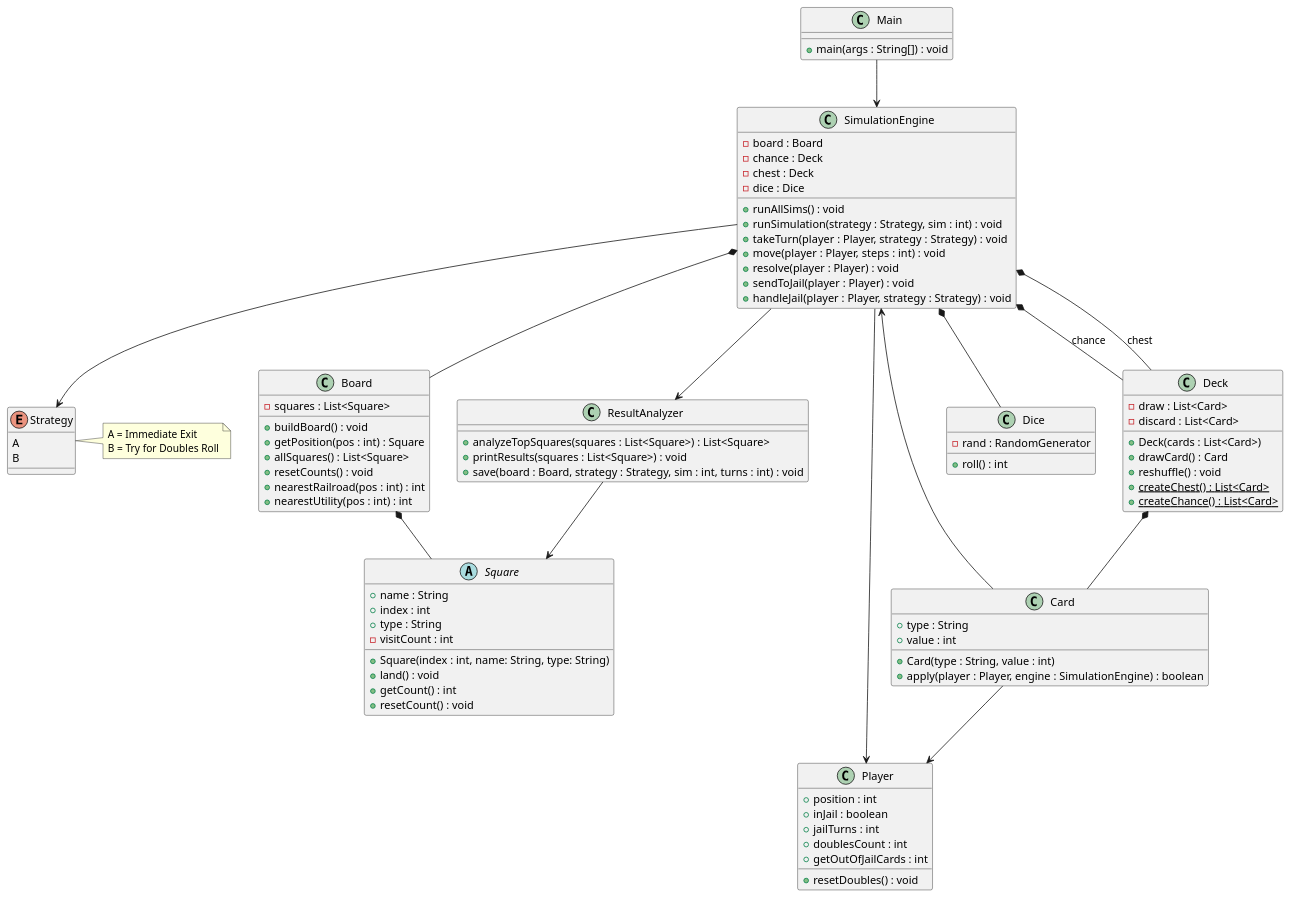
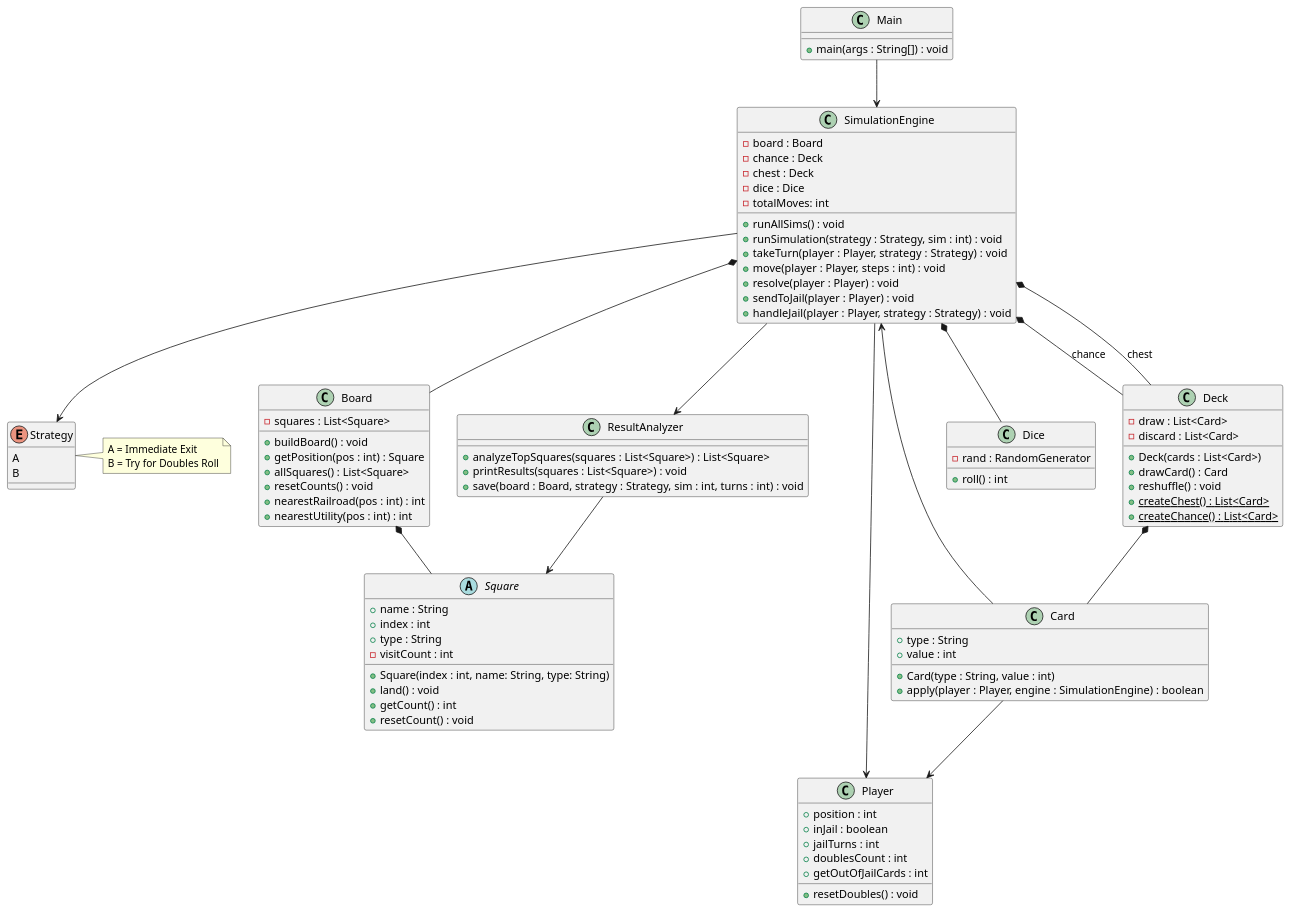
One commit to keanu-cruz/CS2430_Programming_Project_4 changed the diagram in docs/MonopolyUML.puml. Above: the diagram before and after it, drawn with PlantUML.

Commit message:
Add totalMoves attribute to simulation class

```diff
--- a/docs/MonopolyUML.puml
+++ b/docs/MonopolyUML.puml
@@ -1,124 +1,125 @@
 @startuml
 
   class Main {
     + main(args : String[]) : void
   }
 
   class SimulationEngine {
     - board : Board
     - chance : Deck
     - chest : Deck
     - dice : Dice
+    - totalMoves: int
     + runAllSims() : void
     + runSimulation(strategy : Strategy, sim : int) : void
     + takeTurn(player : Player, strategy : Strategy) : void
     + move(player : Player, steps : int) : void
     + resolve(player : Player) : void
     + sendToJail(player : Player) : void
     + handleJail(player : Player, strategy : Strategy) : void
     
   }
 
   Enum Strategy {
     A 
     B 
   }
   
   note right of Strategy
   A = Immediate Exit
   B = Try for Doubles Roll
   end note
 
   class ResultAnalyzer {
     + analyzeTopSquares(squares : List<Square>) : List<Square>
     + printResults(squares : List<Square>) : void
     + save(board : Board, strategy : Strategy, sim : int, turns : int) : void
   }
 
 
   class Board {
     - squares : List<Square>
     + buildBoard() : void
     + getPosition(pos : int) : Square
     + allSquares() : List<Square>
     + resetCounts() : void
     + nearestRailroad(pos : int) : int
     + nearestUtility(pos : int) : int
   }
 
   abstract class Square {
     + name : String
     + index : int
     + type : String
     - visitCount : int
     + Square(index : int, name: String, type: String)
     + land() : void
     + getCount() : int
     + resetCount() : void
   }
 
 
   class Card {
     + type : String
     + value : int
     + Card(type : String, value : int)
     + apply(player : Player, engine : SimulationEngine) : boolean
     
   }
 
   class Deck {
     - draw : List<Card>
     - discard : List<Card>
     + Deck(cards : List<Card>)
     + drawCard() : Card
     + reshuffle() : void
     + createChest() : List<Card> {static}
     + createChance() : List<Card> {static}
   }
 
   class Player {
     + position : int
     + inJail : boolean
     + jailTurns : int
     + doublesCount : int
     + getOutOfJailCards : int
     + resetDoubles() : void
   }
 
 
 
 
   class Dice {
     - rand : RandomGenerator
     + roll() : int
   }
 
 
 ' Entry point
 Main --> SimulationEngine
 
 ' Core engine ownership (composition)
 SimulationEngine *-- Board
 SimulationEngine *-- Deck : chance
 SimulationEngine *-- Deck : chest
 SimulationEngine *-- Dice
 
 ' Engine uses these
 SimulationEngine --> Player
 SimulationEngine --> Strategy
 SimulationEngine --> ResultAnalyzer
 
 ' Board structure
 Board *-- Square
 
 ' Deck structure
 Deck *-- Card
 
 ' Card behavior dependencies
 Card --> Player
 Card --> SimulationEngine
 
 ' Result processing
 ResultAnalyzer --> Square
 
 @enduml
```
